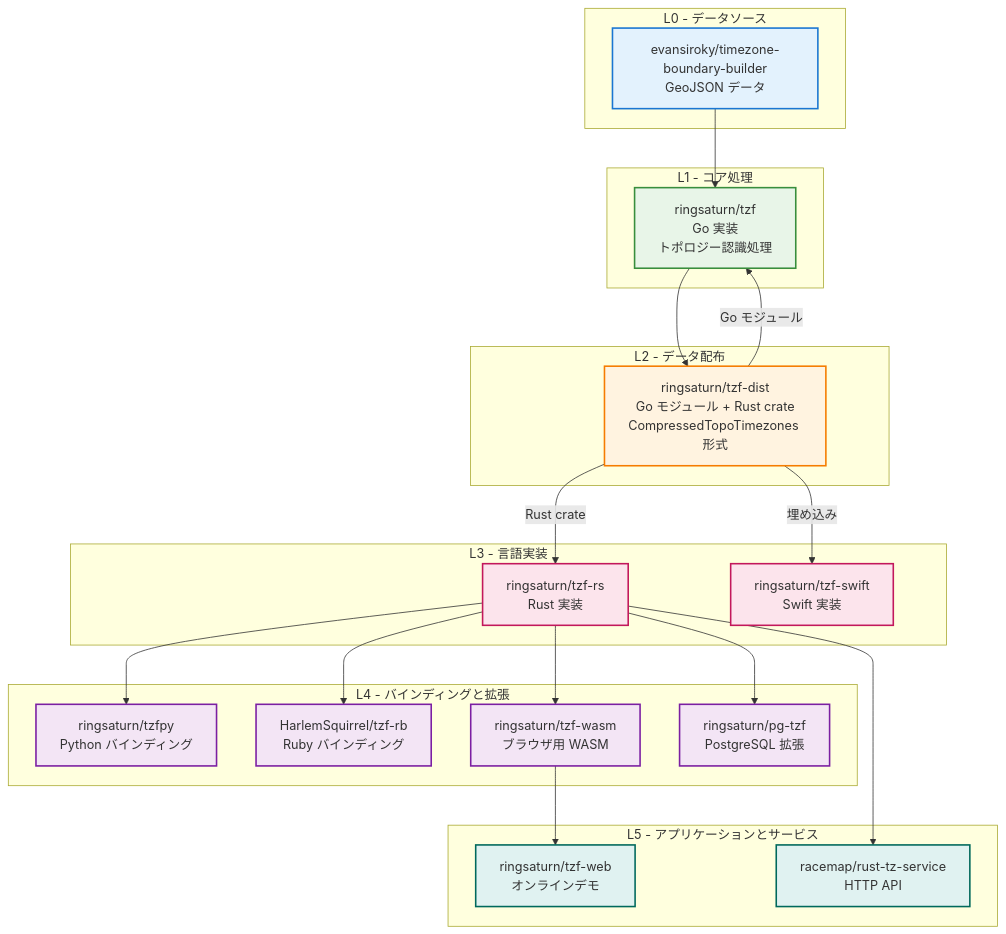
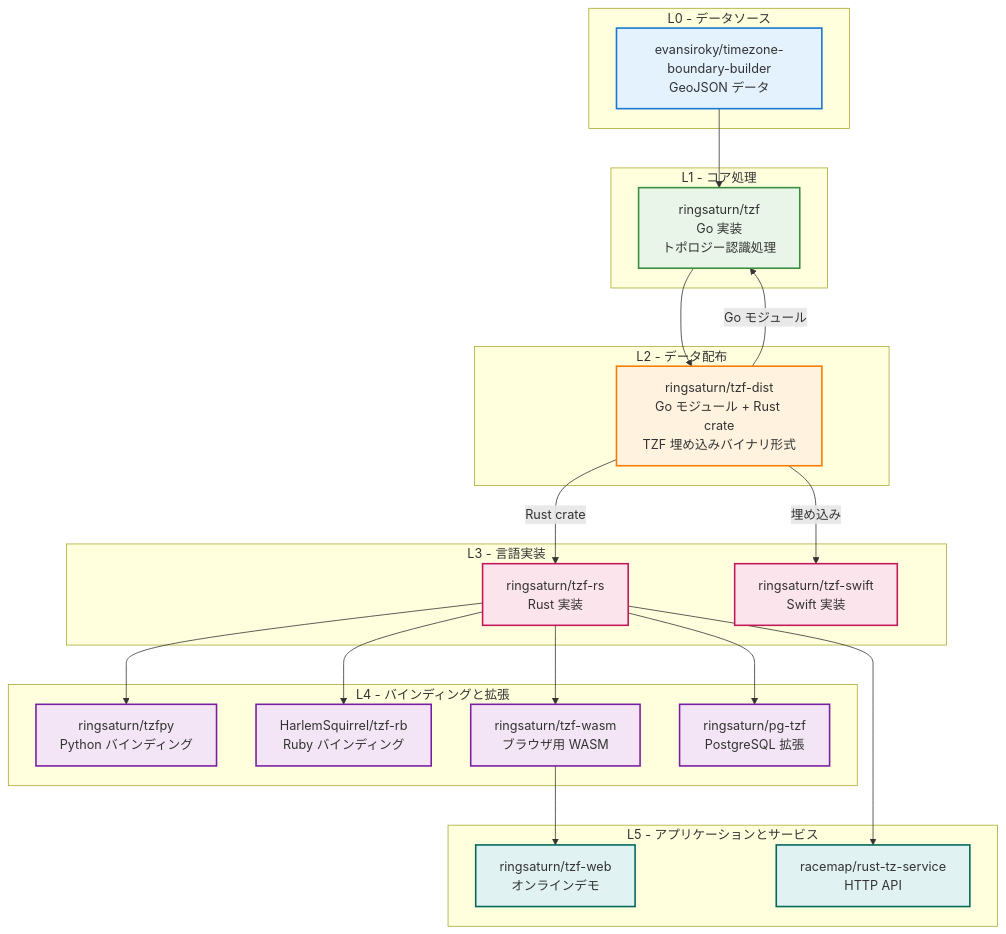
One commit to ringsaturn/project-tzf changed the diagram in content/docs/reference/ecosystem.ja.md. Above: the diagram before and after it, drawn with Mermaid. The commit also changed other lines of this file and 45 other files, not shown here.

````diff
--- a/content/docs/reference/ecosystem.ja.md
+++ b/content/docs/reference/ecosystem.ja.md
@@ -16,72 +16,72 @@
 ```mermaid
 %%{init: {"flowchart": {"htmlLabels": true}, "theme": "default"}}%%
 graph TD
     %% L0 - データソース
     subgraph L0["L0 - データソース"]
         GeoJSON[evansiroky/timezone-boundary-builder<br/>GeoJSON データ]
     end
 
     %% L1 - コア処理
     subgraph L1["L1 - コア処理"]
         TZF[ringsaturn/tzf<br/>Go 実装<br/>トポロジー認識処理]
     end
 
     %% L2 - データ配布
     subgraph L2["L2 - データ配布"]
-        TZF_DIST[ringsaturn/tzf-dist<br/>Go モジュール + Rust crate<br/>CompressedTopoTimezones 形式]
+        TZF_DIST[ringsaturn/tzf-dist<br/>Go モジュール + Rust crate<br/>TZF 埋め込みバイナリ形式]
     end
 
     %% L3 - 言語実装
     subgraph L3["L3 - 言語実装"]
         TZF_RS[ringsaturn/tzf-rs<br/>Rust 実装]
         TZF_SWIFT[ringsaturn/tzf-swift<br/>Swift 実装]
     end
 
     %% L4 - 言語バインディングと拡張
     subgraph L4["L4 - バインディングと拡張"]
         TZFPY[ringsaturn/tzfpy<br/>Python バインディング]
         TZF_RB[HarlemSquirrel/tzf-rb<br/>Ruby バインディング]
         TZF_WASM[ringsaturn/tzf-wasm<br/>ブラウザ用 WASM]
         PG_TZF[ringsaturn/pg-tzf<br/>PostgreSQL 拡張]
     end
 
     %% L5 - アプリケーションとサービス
     subgraph L5["L5 - アプリケーションとサービス"]
         TZF_WEB[ringsaturn/tzf-web<br/>オンラインデモ]
         RUST_TZ_SERVICE[racemap/rust-tz-service<br/>HTTP API]
     end
 
     %% データフロー
     GeoJSON --> TZF
     TZF --> TZF_DIST
 
     %% Go は tzf-dist を直接使用
     TZF_DIST --> |Go モジュール| TZF
     TZF_DIST --> |Rust crate| TZF_RS
     TZF_DIST --> |埋め込み| TZF_SWIFT
 
     %% Rust エコシステム
     TZF_RS --> TZFPY
     TZF_RS --> TZF_RB
     TZF_RS --> TZF_WASM
     TZF_RS --> PG_TZF
     TZF_RS --> RUST_TZ_SERVICE
 
     %% Web アプリケーション
     TZF_WASM --> TZF_WEB
 
     %% スタイル
     classDef l0 fill:#e3f2fd,stroke:#1976d2,stroke-width:2px
     classDef l1 fill:#e8f5e8,stroke:#388e3c,stroke-width:2px
     classDef l2 fill:#fff3e0,stroke:#f57c00,stroke-width:2px
     classDef l3 fill:#fce4ec,stroke:#c2185b,stroke-width:2px
     classDef l4 fill:#f3e5f5,stroke:#7b1fa2,stroke-width:2px
     classDef l5 fill:#e0f2f1,stroke:#00695c,stroke-width:2px
 
     class GeoJSON l0
     class TZF l1
     class TZF_DIST l2
     class TZF_RS,TZF_SWIFT l3
     class TZFPY,TZF_RB,TZF_WASM,PG_TZF l4
     class TZF_WEB,RUST_TZ_SERVICE l5
 ```
````
